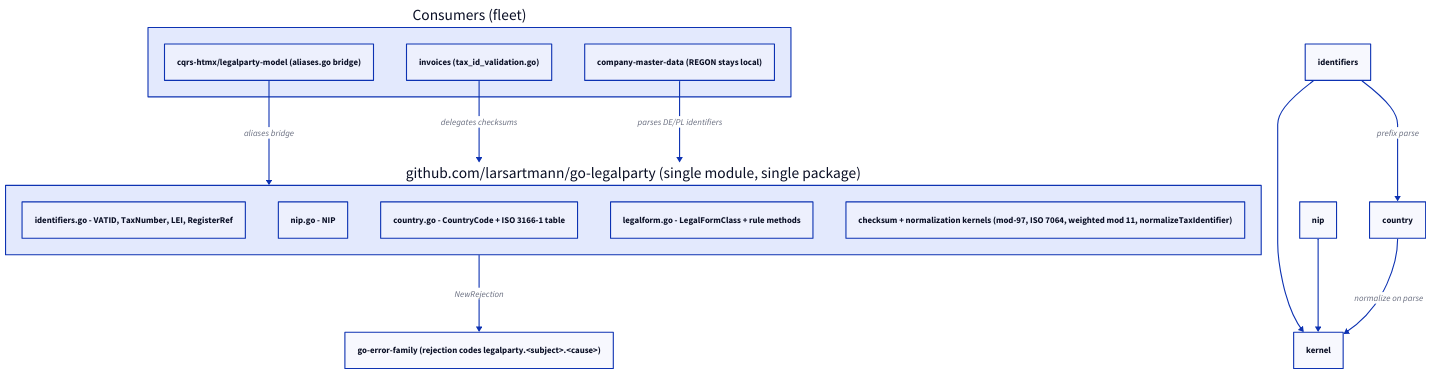
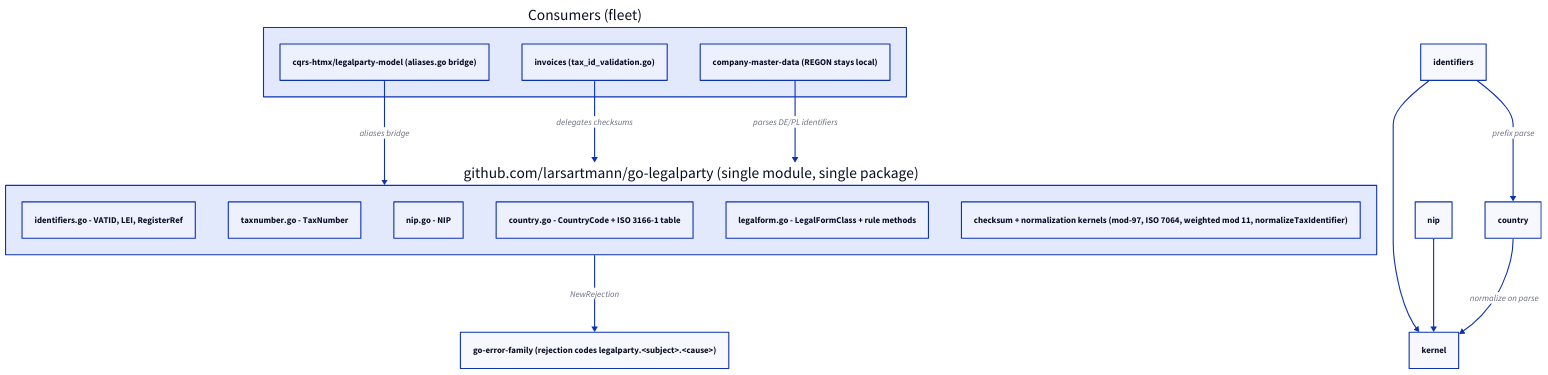
Before and after one commit to LarsArtmann/go-legalparty: the diagram in docs/architecture-understanding/2026-11-22_19-02-go-legalparty-structure.d2, drawn with D2. The commit also changed 15 other files, not shown here.

```diff
--- a/docs/architecture-understanding/2026-11-22_19-02-go-legalparty-structure.d2
+++ b/docs/architecture-understanding/2026-11-22_19-02-go-legalparty-structure.d2
@@ -1,27 +1,28 @@
 direction: down
 
 fleet: Consumers (fleet) {
   model: "cqrs-htmx/legalparty-model (aliases.go bridge)"
   invoices: "invoices (tax_id_validation.go)"
   cmd: "company-master-data (REGON stays local)"
 }
 
 lib: "github.com/larsartmann/go-legalparty (single module, single package)" {
-  identifiers: "identifiers.go - VATID, TaxNumber, LEI, RegisterRef"
+  identifiers: "identifiers.go - VATID, LEI, RegisterRef"
+  taxnumber: "taxnumber.go - TaxNumber"
   nip: "nip.go - NIP"
   country: "country.go - CountryCode + ISO 3166-1 table"
   legalform: "legalform.go - LegalFormClass + rule methods"
   kernel: "checksum + normalization kernels (mod-97, ISO 7064, weighted mod 11, normalizeTaxIdentifier)"
 }
 
 ef: "go-error-family (rejection codes legalparty.<subject>.<cause>)"
 
 fleet.model -> lib: aliases bridge
 fleet.invoices -> lib: delegates checksums
 fleet.cmd -> lib: parses DE/PL identifiers
 
 identifiers -> country: prefix parse
 identifiers -> kernel
 nip -> kernel
 country -> kernel: normalize on parse
 lib -> ef: NewRejection
```
